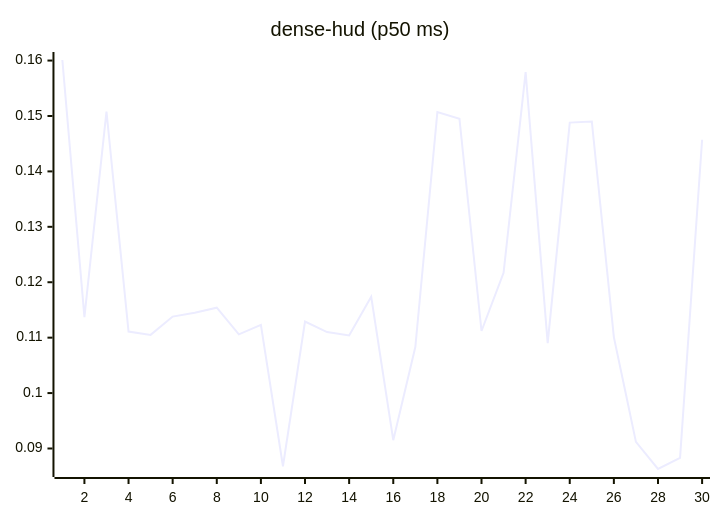
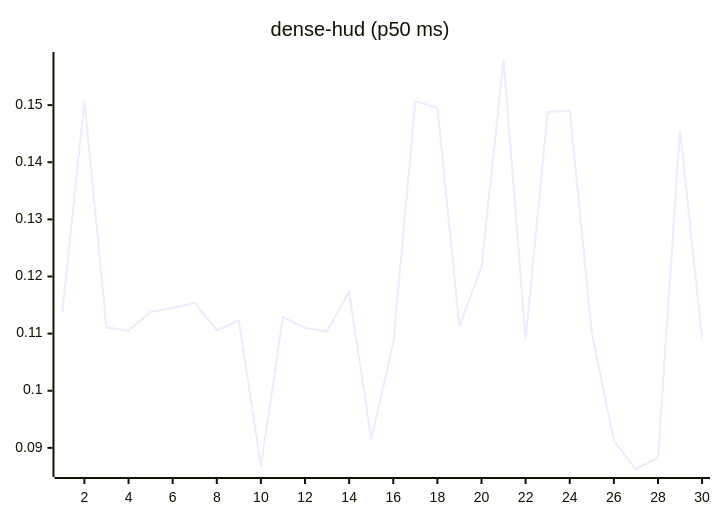
One commit to josha/Facet changed the eighth of 27 diagrams in README.md. Above: the diagram before and after it, drawn with Mermaid. The commit also changed other lines of this file and 2 other files, not shown here.

````diff
--- a/README.md
+++ b/README.md
@@ -112,6 +112,6 @@
 ```mermaid
 xychart-beta
     title "dense-hud (p50 ms)"
     x-axis 1 --> 30
-    line [0.1601, 0.1137, 0.1508, 0.1111, 0.1105, 0.1138, 0.1145, 0.1154, 0.1106, 0.1123, 0.0868, 0.1129, 0.1110, 0.1104, 0.1174, 0.0915, 0.1083, 0.1507, 0.1495, 0.1112, 0.1217, 0.1579, 0.1090, 0.1488, 0.1490, 0.1101, 0.0912, 0.0863, 0.0883, 0.1457]
+    line [0.1137, 0.1508, 0.1111, 0.1105, 0.1138, 0.1145, 0.1154, 0.1106, 0.1123, 0.0868, 0.1129, 0.1110, 0.1104, 0.1174, 0.0915, 0.1083, 0.1507, 0.1495, 0.1112, 0.1217, 0.1579, 0.1090, 0.1488, 0.1490, 0.1101, 0.0912, 0.0863, 0.0883, 0.1457, 0.1091]
 ```
````
